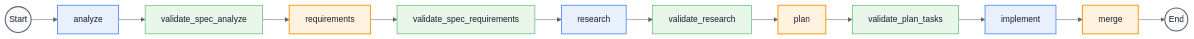
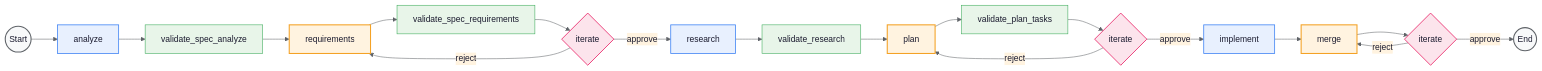
One commit to shep-ai/cli changed the first of 5 diagrams in tests/integration/infrastructure/services/agents/graph-state-transitions/README.md. Above: the diagram before and after it, drawn with Mermaid. The commit also changed other lines of this file and 14 other files, not shown here.

First line of the commit message:
fix(agents): propagate reject/approve feedback on failed features

````diff
--- a/tests/integration/infrastructure/services/agents/graph-state-transitions/README.md
+++ b/tests/integration/infrastructure/services/agents/graph-state-transitions/README.md
@@ -24,21 +24,28 @@
 ```mermaid
 %%{init: {'theme': 'base', 'themeVariables': {'primaryColor': '#E8F0FE', 'primaryBorderColor': '#4285F4', 'primaryTextColor': '#1A1A2E', 'lineColor': '#5F6368', 'secondaryColor': '#FFF3E0', 'tertiaryColor': '#E8F5E9', 'fontFamily': 'Inter, system-ui, sans-serif'}}}%%
 
 graph LR
     S((Start)):::startEnd --> A[analyze]:::producer
     A --> VA[validate_spec_analyze]:::validator
     VA --> R[requirements]:::interruptible
     R --> VR[validate_spec_requirements]:::validator
-    VR --> RS[research]:::producer
+    VR --> RI{iterate}:::iteration
+    RI -->|approve| RS[research]:::producer
+    RI -->|reject| R
     RS --> VRS[validate_research]:::validator
     VRS --> P[plan]:::interruptible
     P --> VP[validate_plan_tasks]:::validator
-    VP --> I[implement]:::producer
+    VP --> PI{iterate}:::iteration
+    PI -->|approve| I[implement]:::producer
+    PI -->|reject| P
     I --> M[merge]:::interruptible
-    M --> E((End)):::startEnd
+    M --> MI{iterate}:::iteration
+    MI -->|approve| E((End)):::startEnd
+    MI -->|reject| M
 
     classDef startEnd fill:#F8F9FA,stroke:#5F6368,stroke-width:2px,color:#1A1A2E
     classDef producer fill:#E8F0FE,stroke:#4285F4,stroke-width:1.5px,color:#1A1A2E
     classDef interruptible fill:#FFF3E0,stroke:#F4A226,stroke-width:2px,color:#1A1A2E
     classDef validator fill:#E8F5E9,stroke:#34A853,stroke-width:1px,color:#1A1A2E
+    classDef iteration fill:#FCE4EC,stroke:#E91E63,stroke-width:1.5px,color:#1A1A2E
 ```
````
